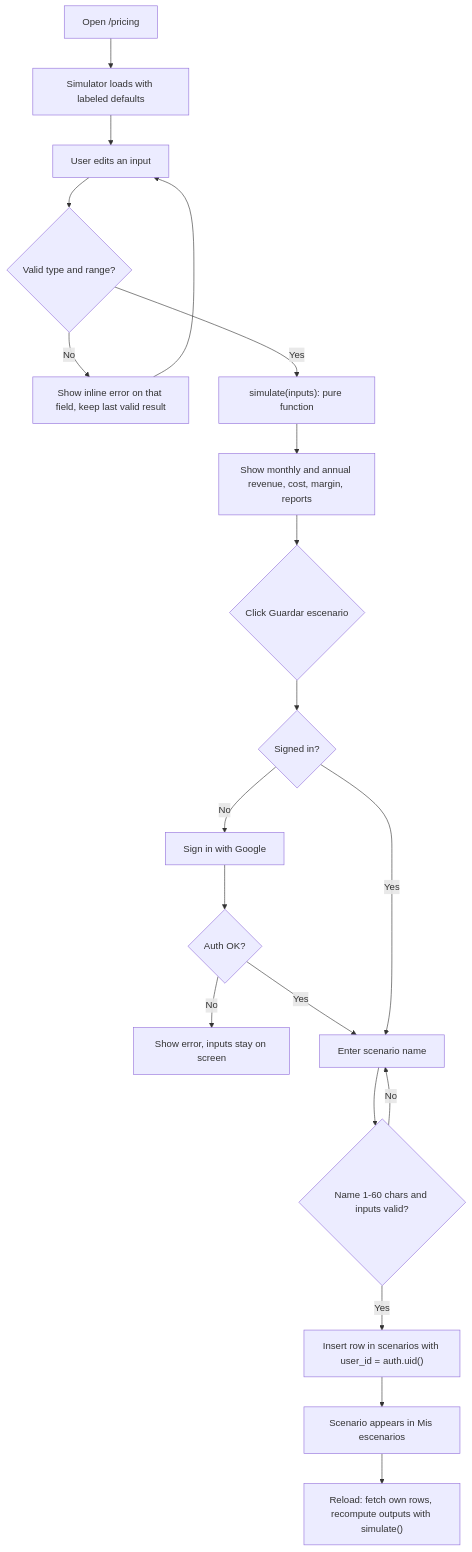
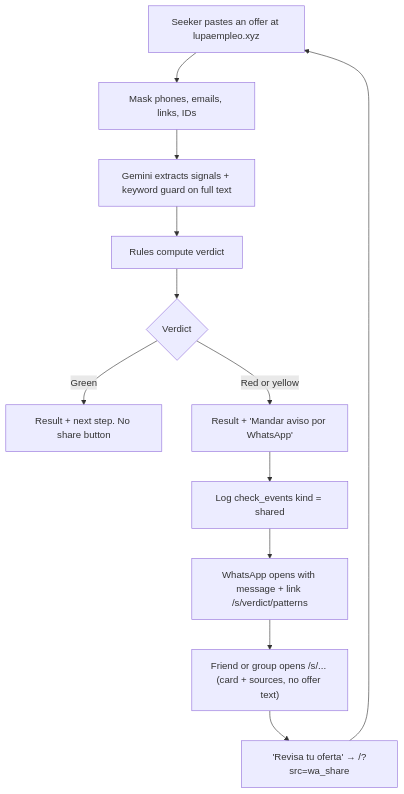
One commit to rafapieck/lupa changed the first of 2 diagrams in docs/PACKET.md. Above: the diagram before and after it, drawn with Mermaid. The commit also changed other lines of this file and 1 other file, not shown here.

````diff
--- a/docs/PACKET.md
+++ b/docs/PACKET.md
@@ -113,22 +169,14 @@
 ```mermaid
 flowchart TD
-    A["Open /pricing"] --> B["Simulator loads with labeled defaults"]
-    B --> C["User edits an input"]
-    C --> D{"Valid type and range?"}
-    D -- No --> E["Show inline error on that field, keep last valid result"]
-    E --> C
-    D -- Yes --> F["simulate(inputs): pure function"]
-    F --> G["Show monthly and annual revenue, cost, margin, reports"]
-    G --> H{"Click Guardar escenario"}
-    H --> I{"Signed in?"}
-    I -- No --> J["Sign in with Google"]
-    J --> K{"Auth OK?"}
-    K -- No --> L["Show error, inputs stay on screen"]
-    K -- Yes --> M["Enter scenario name"]
-    I -- Yes --> M
-    M --> N{"Name 1-60 chars and inputs valid?"}
-    N -- No --> M
-    N -- Yes --> O["Insert row in scenarios with user_id = auth.uid()"]
-    O --> P["Scenario appears in Mis escenarios"]
-    P --> Q["Reload: fetch own rows, recompute outputs with simulate()"]
+    A["Seeker pastes an offer at lupaempleo.xyz"] --> B["Mask phones, emails, links, IDs"]
+    B --> C["Gemini extracts signals + keyword guard on full text"]
+    C --> D["Rules compute verdict"]
+    D --> E{"Verdict"}
+    E -- "Green" --> F["Result + next step. No share button"]
+    E -- "Red or yellow" --> G["Result + 'Mandar aviso por WhatsApp'"]
+    G --> H["Log check_events kind = shared"]
+    H --> I["WhatsApp opens with message + link /s/verdict/patterns"]
+    I --> J["Friend or group opens /s/... (card + sources, no offer text)"]
+    J --> K["'Revisa tu oferta' → /?src=wa_share"]
+    K --> A
 ```
````
